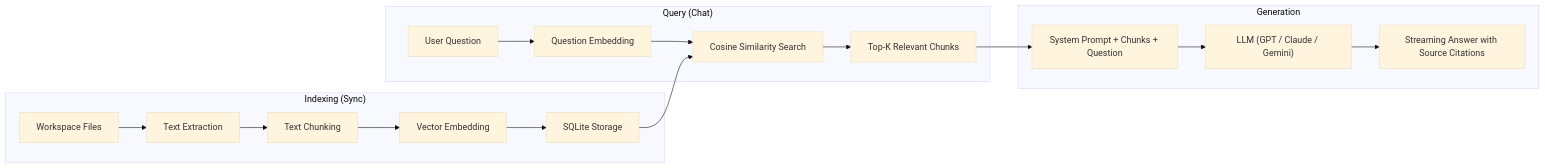
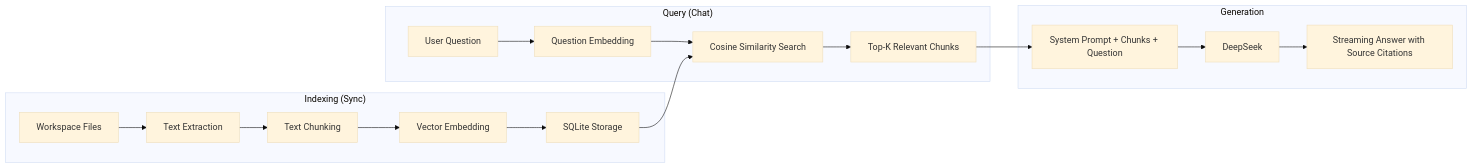
One commit to SpectrAI-Initiative/InnoClaw changed the second of 2 diagrams in docs/getting-started/overview.md. Above: the diagram before and after it, drawn with Mermaid (base theme). The commit also changed other lines of this file and 363 other files, not shown here.

````diff
--- a/docs/getting-started/overview.md
+++ b/docs/getting-started/overview.md
@@ -99,22 +95,22 @@
 ```{mermaid}
 flowchart LR
     subgraph Index["Indexing (Sync)"]
         Files["Workspace Files"] --> Extract["Text Extraction"]
         Extract --> Chunk["Text Chunking"]
         Chunk --> Embedding["Vector Embedding"]
         Embedding --> Store["SQLite Storage"]
     end
 
     subgraph Query["Query (Chat)"]
         Question["User Question"] --> QEmbed["Question Embedding"]
         QEmbed --> Search["Cosine Similarity Search"]
         Store --> Search
         Search --> TopK["Top-K Relevant Chunks"]
     end
 
     subgraph Generate["Generation"]
         TopK --> Prompt["System Prompt + Chunks + Question"]
-        Prompt --> LLM["LLM (GPT / Claude / Gemini)"]
+        Prompt --> LLM["DeepSeek"]
         LLM --> Answer["Streaming Answer with Source Citations"]
     end
 ```
````
